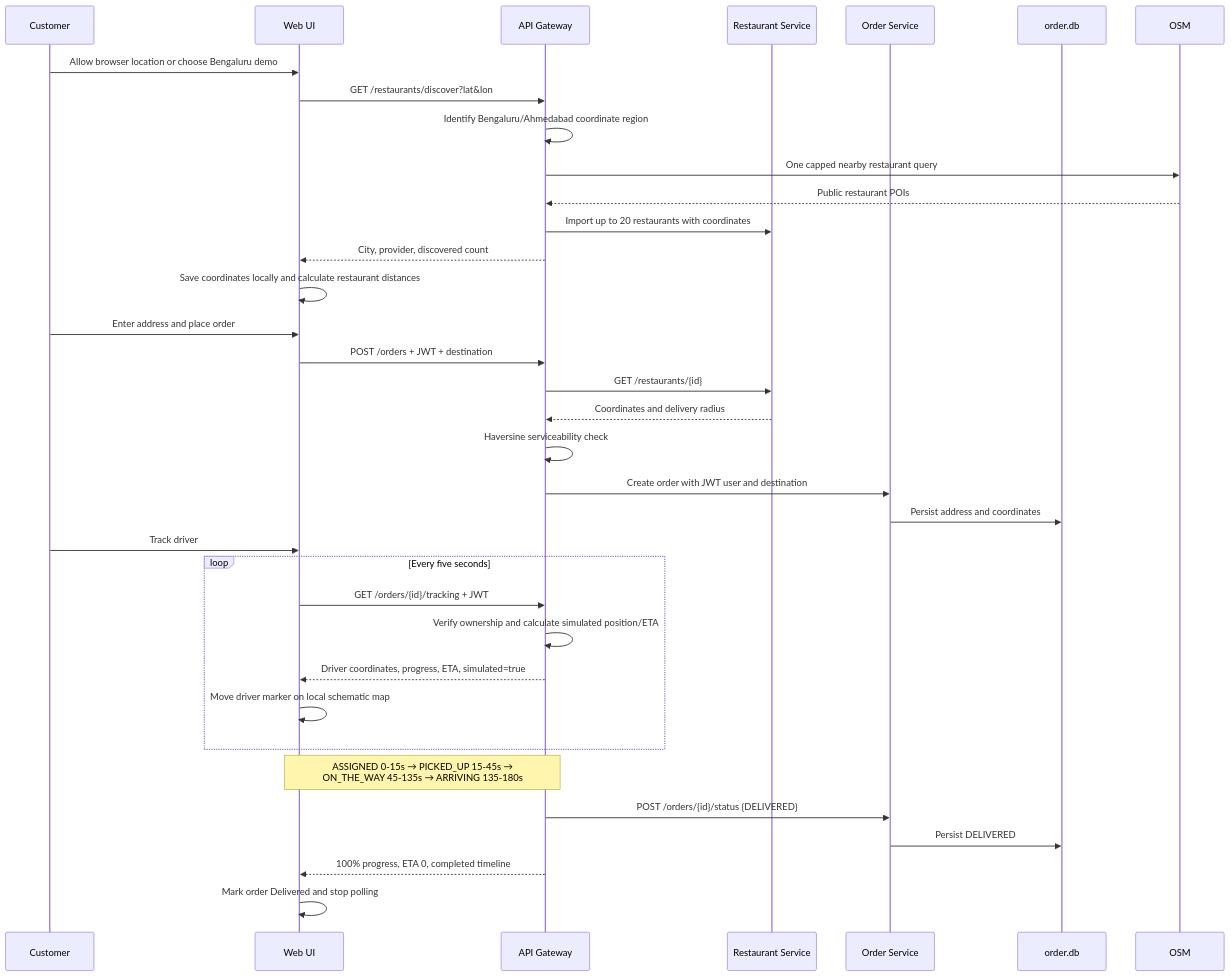
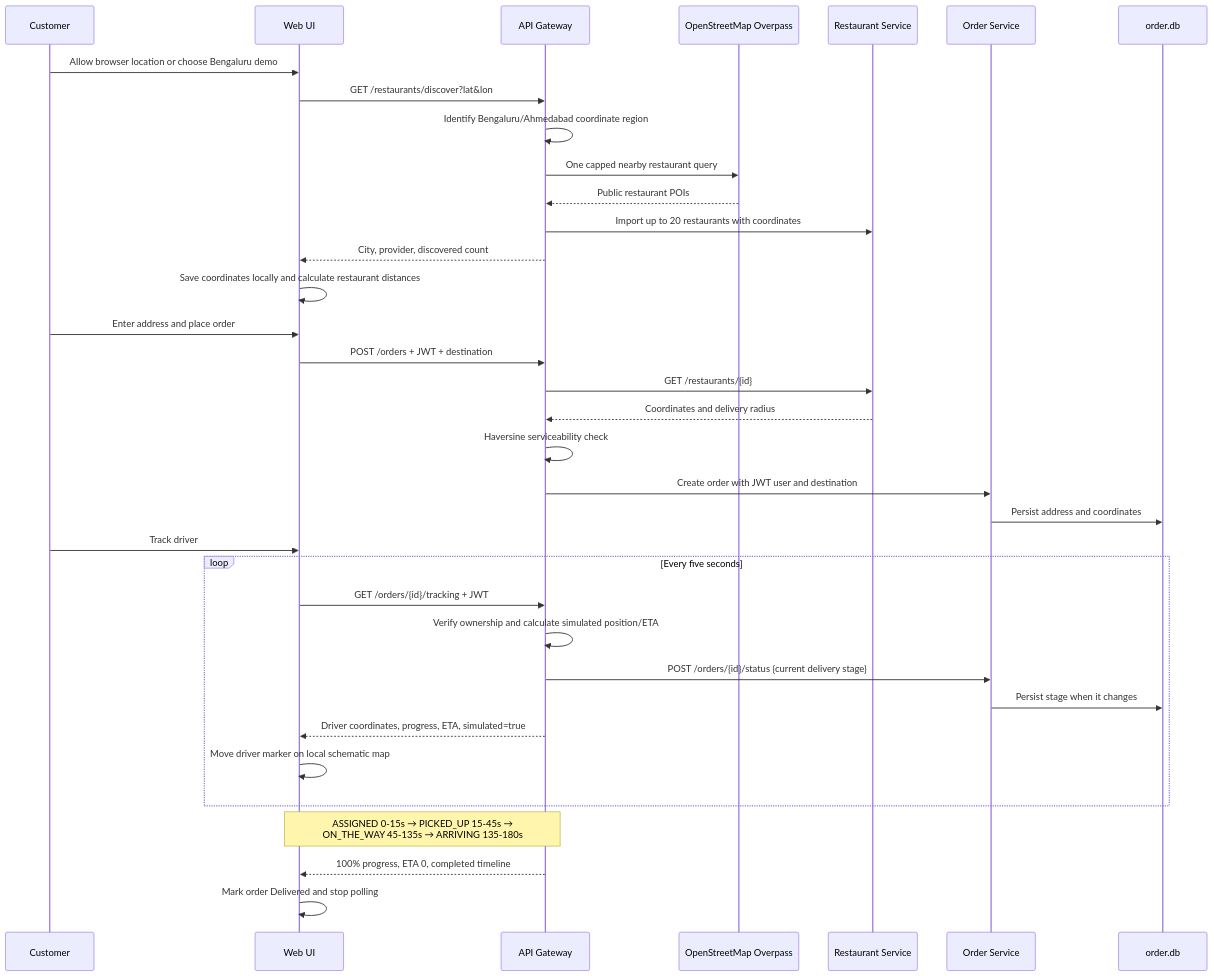
The eighth of 8 diagrams in docs/SEQUENCE_DIAGRAMS.md (Pankil-Mevada/FoodService), drawn with Mermaid before and after one commit. The commit also changed other lines of this file and 3 other files, not shown here.

Commit message:
update delivery architecture and requirements

````diff
--- a/docs/SEQUENCE_DIAGRAMS.md
+++ b/docs/SEQUENCE_DIAGRAMS.md
@@ -253,37 +256,38 @@
 ```mermaid
 sequenceDiagram
     participant Customer
     participant UI as Web UI
     participant GW as API Gateway
+    participant OSM as OpenStreetMap Overpass
     participant RS as Restaurant Service
     participant OS as Order Service
     participant ODB as order.db
 
     Customer->>UI: Allow browser location or choose Bengaluru demo
     UI->>GW: GET /restaurants/discover?lat&lon
     GW->>GW: Identify Bengaluru/Ahmedabad coordinate region
     GW->>OSM: One capped nearby restaurant query
     OSM-->>GW: Public restaurant POIs
     GW->>RS: Import up to 20 restaurants with coordinates
     GW-->>UI: City, provider, discovered count
     UI->>UI: Save coordinates locally and calculate restaurant distances
     Customer->>UI: Enter address and place order
     UI->>GW: POST /orders + JWT + destination
     GW->>RS: GET /restaurants/{id}
     RS-->>GW: Coordinates and delivery radius
     GW->>GW: Haversine serviceability check
     GW->>OS: Create order with JWT user and destination
     OS->>ODB: Persist address and coordinates
     Customer->>UI: Track driver
     loop Every five seconds
         UI->>GW: GET /orders/{id}/tracking + JWT
         GW->>GW: Verify ownership and calculate simulated position/ETA
+        GW->>OS: POST /orders/{id}/status {current delivery stage}
+        OS->>ODB: Persist stage when it changes
         GW-->>UI: Driver coordinates, progress, ETA, simulated=true
         UI->>UI: Move driver marker on local schematic map
     end
     Note over GW,UI: ASSIGNED 0-15s → PICKED_UP 15-45s →<br/>ON_THE_WAY 45-135s → ARRIVING 135-180s
-    GW->>OS: POST /orders/{id}/status {DELIVERED}
-    OS->>ODB: Persist DELIVERED
     GW-->>UI: 100% progress, ETA 0, completed timeline
     UI->>UI: Mark order Delivered and stop polling
 ```
````
